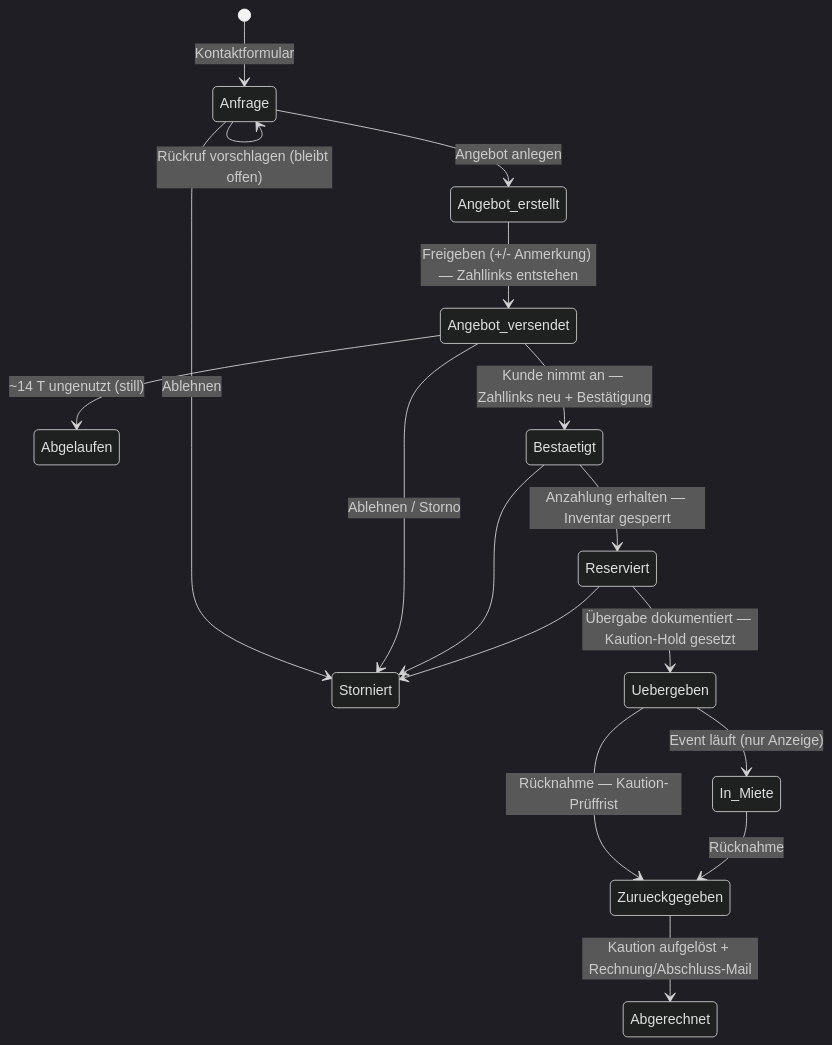
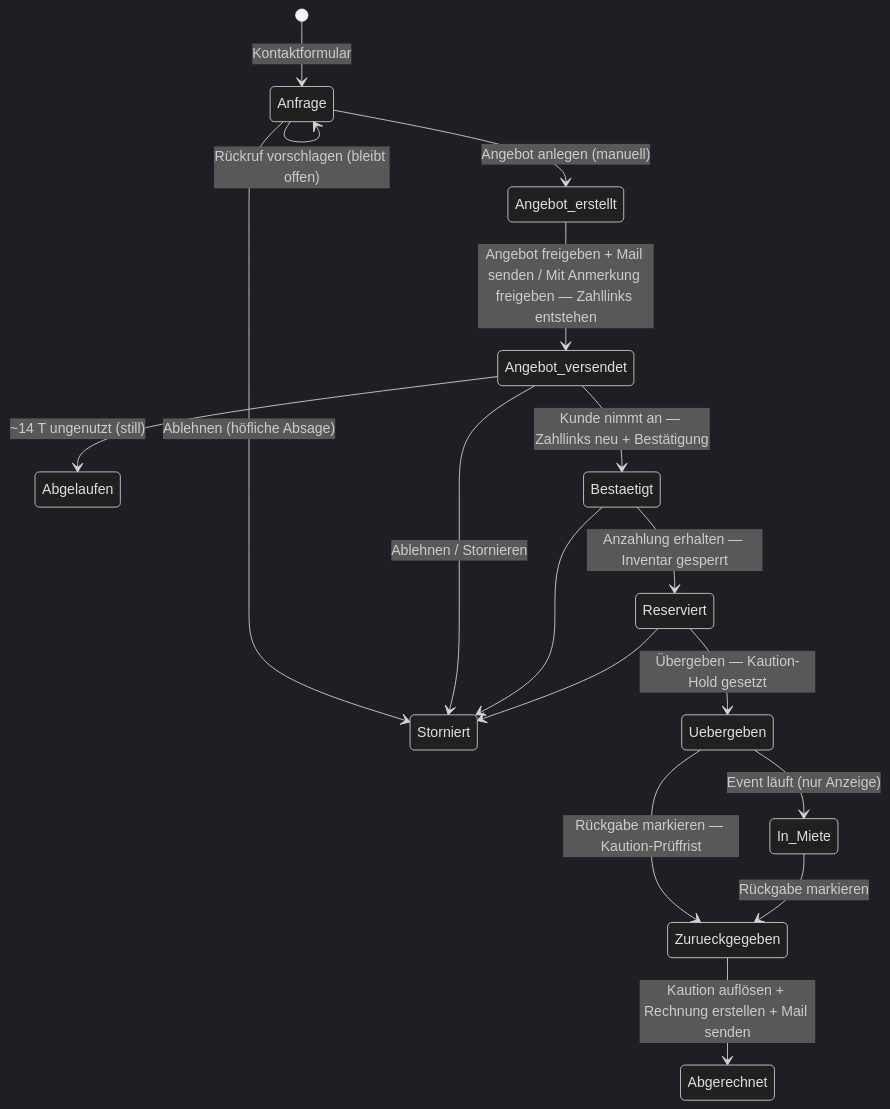
The first of 2 diagrams in docs/Eventverleih Bergstraße Betriebshandbuch.md (MB-SmartSystems/eventverleih-bergstrasse), drawn with Mermaid (dark theme) before and after one commit. The commit also changed other lines of this file and 1 other file, not shown here.

First line of the commit message:
Handbuch + UI: exakte Dashboard-Beschriftungen (verbatim) + stale Kaution-Mail-Labels gefixt

````diff
--- a/docs/Eventverleih Bergstraße Betriebshandbuch.md
+++ b/docs/Eventverleih Bergstraße Betriebshandbuch.md
@@ -94,19 +94,19 @@
 ```mermaid
 stateDiagram-v2
     [*] --> Anfrage: Kontaktformular
     Anfrage --> Anfrage: Rückruf vorschlagen (bleibt offen)
-    Anfrage --> Storniert: Ablehnen
-    Anfrage --> Angebot_erstellt: Angebot anlegen
-    Angebot_erstellt --> Angebot_versendet: Freigeben (+/- Anmerkung) — Zahllinks entstehen
+    Anfrage --> Storniert: Ablehnen (höfliche Absage)
+    Anfrage --> Angebot_erstellt: Angebot anlegen (manuell)
+    Angebot_erstellt --> Angebot_versendet: Angebot freigeben + Mail senden / Mit Anmerkung freigeben — Zahllinks entstehen
     Angebot_versendet --> Abgelaufen: ~14 T ungenutzt (still)
-    Angebot_versendet --> Storniert: Ablehnen / Storno
+    Angebot_versendet --> Storniert: Ablehnen / Stornieren
     Angebot_versendet --> Bestaetigt: Kunde nimmt an — Zahllinks neu + Bestätigung
     Bestaetigt --> Reserviert: Anzahlung erhalten — Inventar gesperrt
     Bestaetigt --> Storniert
-    Reserviert --> Uebergeben: Übergabe dokumentiert — Kaution-Hold gesetzt
+    Reserviert --> Uebergeben: Übergeben — Kaution-Hold gesetzt
     Reserviert --> Storniert
     Uebergeben --> In_Miete: Event läuft (nur Anzeige)
-    Uebergeben --> Zurueckgegeben: Rücknahme — Kaution-Prüffrist
-    In_Miete --> Zurueckgegeben: Rücknahme
-    Zurueckgegeben --> Abgerechnet: Kaution aufgelöst + Rechnung/Abschluss-Mail
+    Uebergeben --> Zurueckgegeben: Rückgabe markieren — Kaution-Prüffrist
+    In_Miete --> Zurueckgegeben: Rückgabe markieren
+    Zurueckgegeben --> Abgerechnet: Kaution auflösen + Rechnung erstellen + Mail senden
 ```
````
